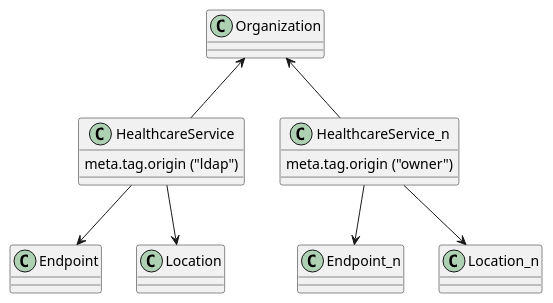
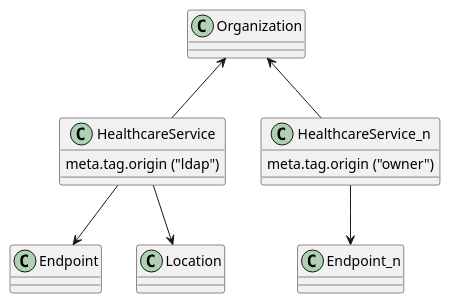
Before and after one commit to gematik/api-vzd: the diagram in src/plantuml/ClassDiagram.Org.with.several.HCS.puml, drawn with PlantUML.

```diff
--- a/src/plantuml/ClassDiagram.Org.with.several.HCS.puml
+++ b/src/plantuml/ClassDiagram.Org.with.several.HCS.puml
@@ -1,29 +1,29 @@
 @startuml
  
 class Organization {
 
 }
  
 class HealthcareService {
   {field} meta.tag.origin ("ldap")
 }
 
 class HealthcareService_n {
   {field} meta.tag.origin ("owner")
 }
  
 class Endpoint {
 }
  
 class Location {
 }
  
 Organization <-- HealthcareService
 HealthcareService --> Endpoint
 HealthcareService --> Location
  
 Organization <-- HealthcareService_n
 HealthcareService_n --> Endpoint_n
-HealthcareService_n --> Location_n
+
  
 @enduml
```
